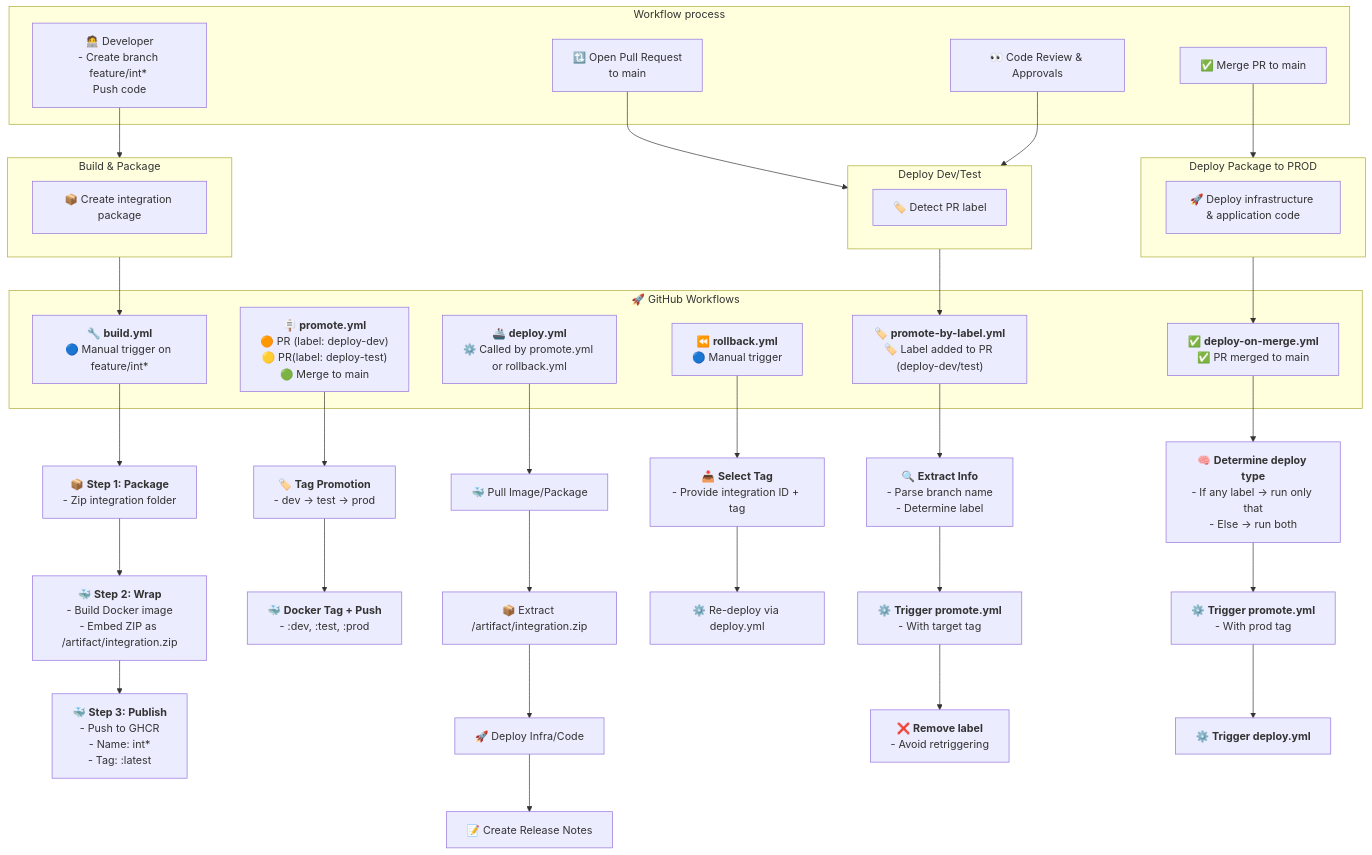
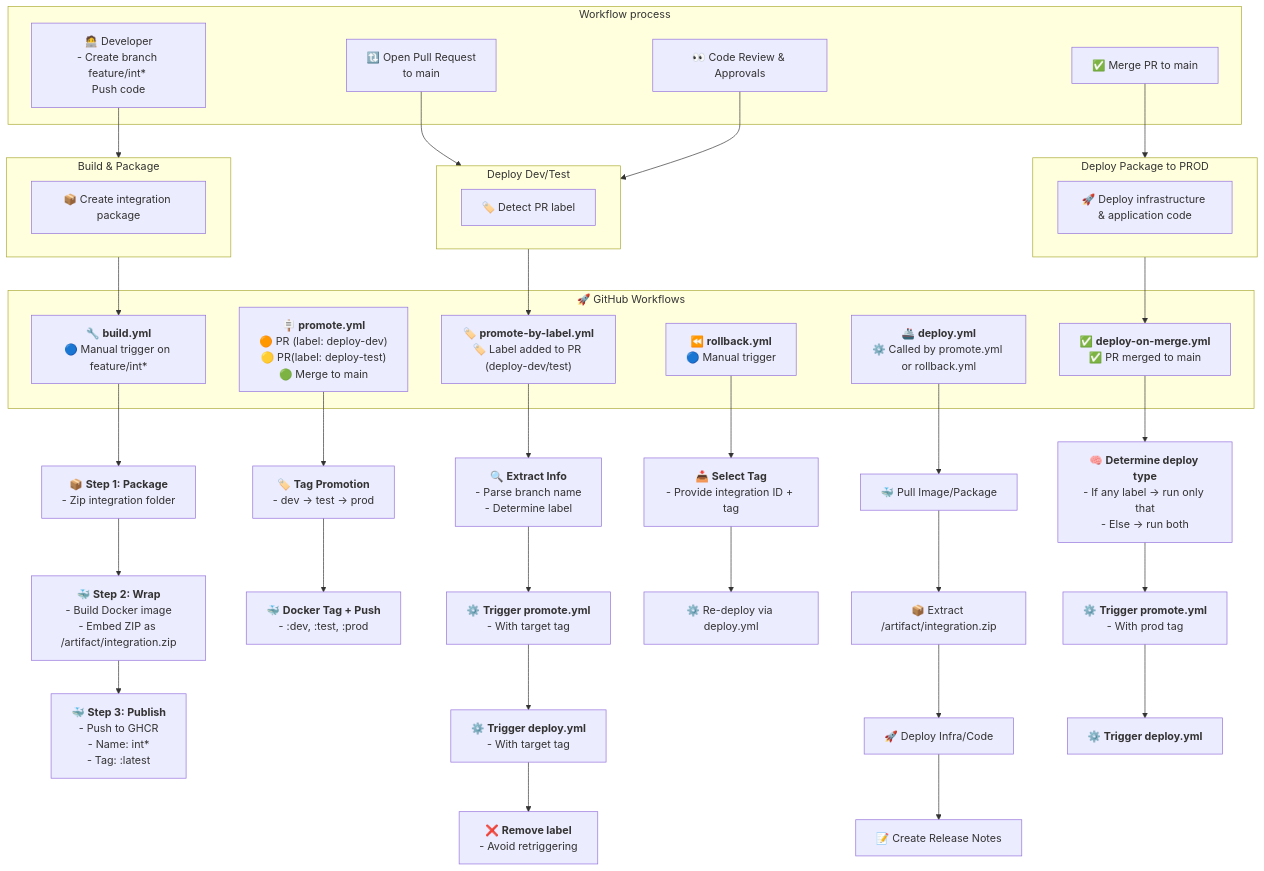
One commit to antonidag/radius changed the second of 5 diagrams in README.md. Above: the diagram before and after it, drawn with Mermaid. The commit also changed other lines of this file, not shown here.

Commit message:
docs: add fix to workflow

````diff
--- a/README.md
+++ b/README.md
@@ -37,78 +37,79 @@
 ```mermaid
 ---
 config:
   layout: dagre
 ---
 flowchart TD
 
   %% Developer steps
   subgraph WORKPROCESS["Workflow process"]
       %% Developer & Git Process (Top vertical)
     WP1["🧑‍💻 Developer<br>- Create branch feature/int* <br>Push code"]
     WP2["🔃 Open Pull Request <br>to main"]
     WP3["👀 Code Review & Approvals"]
     WP4["✅ Merge PR to main"]
   end
 
   %% Build Phase
   subgraph WPBUILD["Build & Package"]
     B11["📦 Create integration package"]
   end
 
   %% Promotion Phase
   subgraph WPPROMOTE["Deploy Dev/Test"]
     P11["🏷️ Detect PR label"]
   end
 
   %% Deploy Phase
   subgraph WPDEPLOY["Deploy Package to PROD"]
     D32["🚀 Deploy infrastructure & application code"]
 
   end
   WP1 --> WPBUILD
   WP2 --> WPPROMOTE
   WP3 --> WPPROMOTE
   WP4 --> WPDEPLOY
   
   WPBUILD --> W1
   WPPROMOTE --> W5
   WPDEPLOY --> W6
 
   subgraph WORKFLOWS["🚀 GitHub Workflows"]
       W1["🔧 <b>build.yml</b><br>🔵 Manual trigger on feature/int*"]
       W2["🪧 <b>promote.yml</b><br>🟠 PR (label: deploy-dev)<br>🟡 PR(label: deploy-test)<br>🟢 Merge to main"]
       W3["🚢 <b>deploy.yml</b><br>⚙️ Called by promote.yml or rollback.yml"]
       W4["⏪ <b>rollback.yml</b><br>🔵 Manual trigger"]
       W5["🏷️ <b>promote-by-label.yml</b><br>🏷️ Label added to PR (deploy-dev/test)"]
       W6["✅ <b>deploy-on-merge.yml</b><br>✅ PR merged to main"]
   end
 
   %% build.yml
   W1 --> B1["📦 <b>Step 1: Package</b><br>- Zip integration folder"]
   B1 --> B2["🐳 <b>Step 2: Wrap</b><br>- Build Docker image<br>- Embed ZIP as /artifact/integration.zip"]
   B2 --> B3["🐳 <b>Step 3: Publish</b><br>- Push to GHCR<br>- Name: int* <br>- Tag: :latest"]
 
   %% promote.yml
   W2 --> P1["🏷️ <b>Tag Promotion</b><br>- dev → test → prod"]
   P1 --> P2["🐳 <b>Docker Tag + Push</b><br>- :dev, :test, :prod"]
 
   %% deploy.yml
   W3 --> D1["🐳 Pull Image/Package"]
   D1 --> D2["📦 Extract /artifact/integration.zip"]
   D2 --> D3["🚀 Deploy Infra/Code"]
   D3 --> D4["📝 Create Release Notes"]
 
   %% rollback.yml
   W4 --> R1["📥 <b>Select Tag</b><br>- Provide integration ID + tag"]
   R1 --> R2["⚙️ Re-deploy via deploy.yml"]
 
   %% promote-by-label.yml
   W5 --> L1["🔍 <b>Extract Info</b><br>- Parse branch name<br>- Determine label"]
   L1 --> L2["⚙️  <b>Trigger promote.yml</b><br>- With target tag"]
-  L2 --> L3["❌ <b>Remove label</b><br>- Avoid retriggering"]
+  L2 --> L3["⚙️  <b>Trigger deploy.yml</b><br>- With target tag"]
+  L3 --> L4["❌ <b>Remove label</b><br>- Avoid retriggering"]
 
   %% deploy-on-merge.yml
   W6 --> M1["🧠 <b>Determine deploy type</b><br>- If any label → run only that<br>- Else → run both"]
   M1 --> M2["⚙️ <b>Trigger promote.yml</b><br>- With prod tag"]
   M2 --> M3["⚙️ <b>Trigger deploy.yml</b>"]
 ```
````
